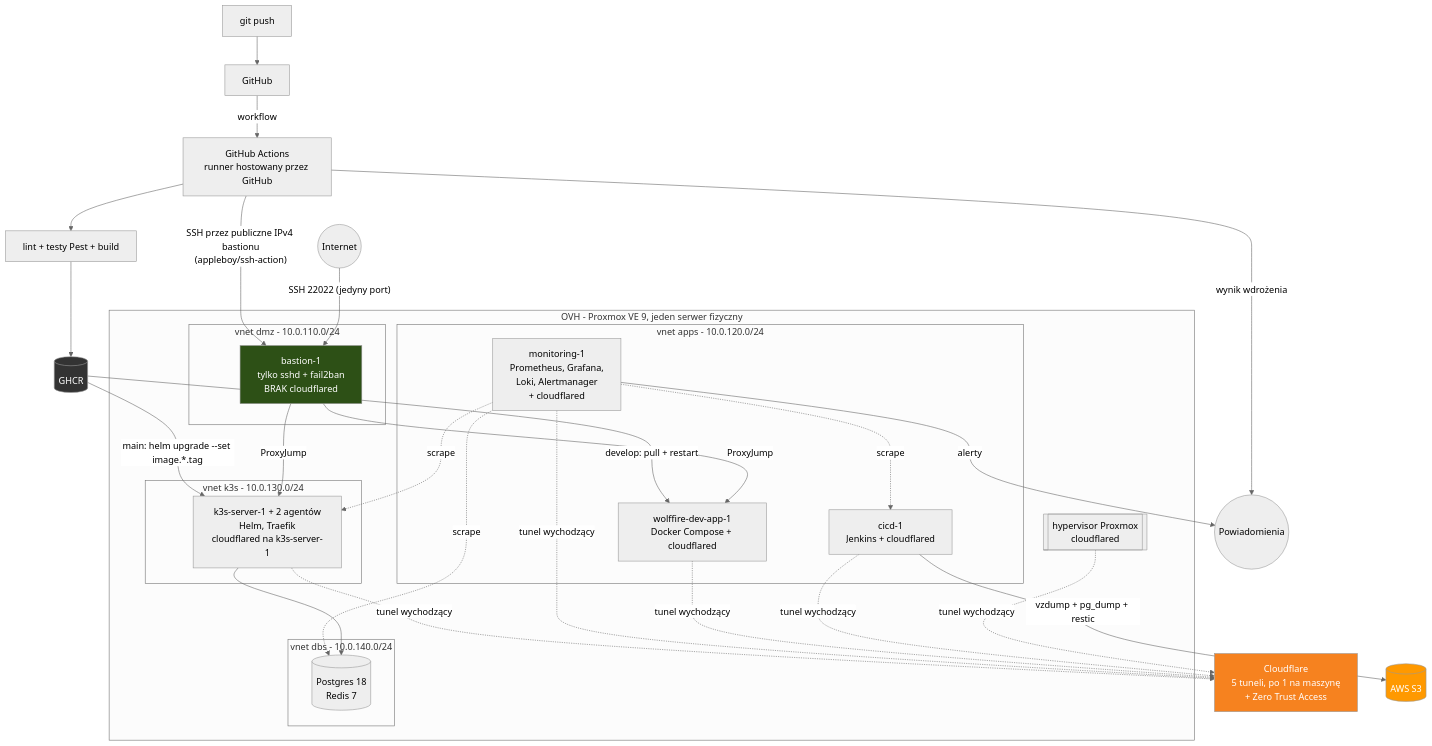
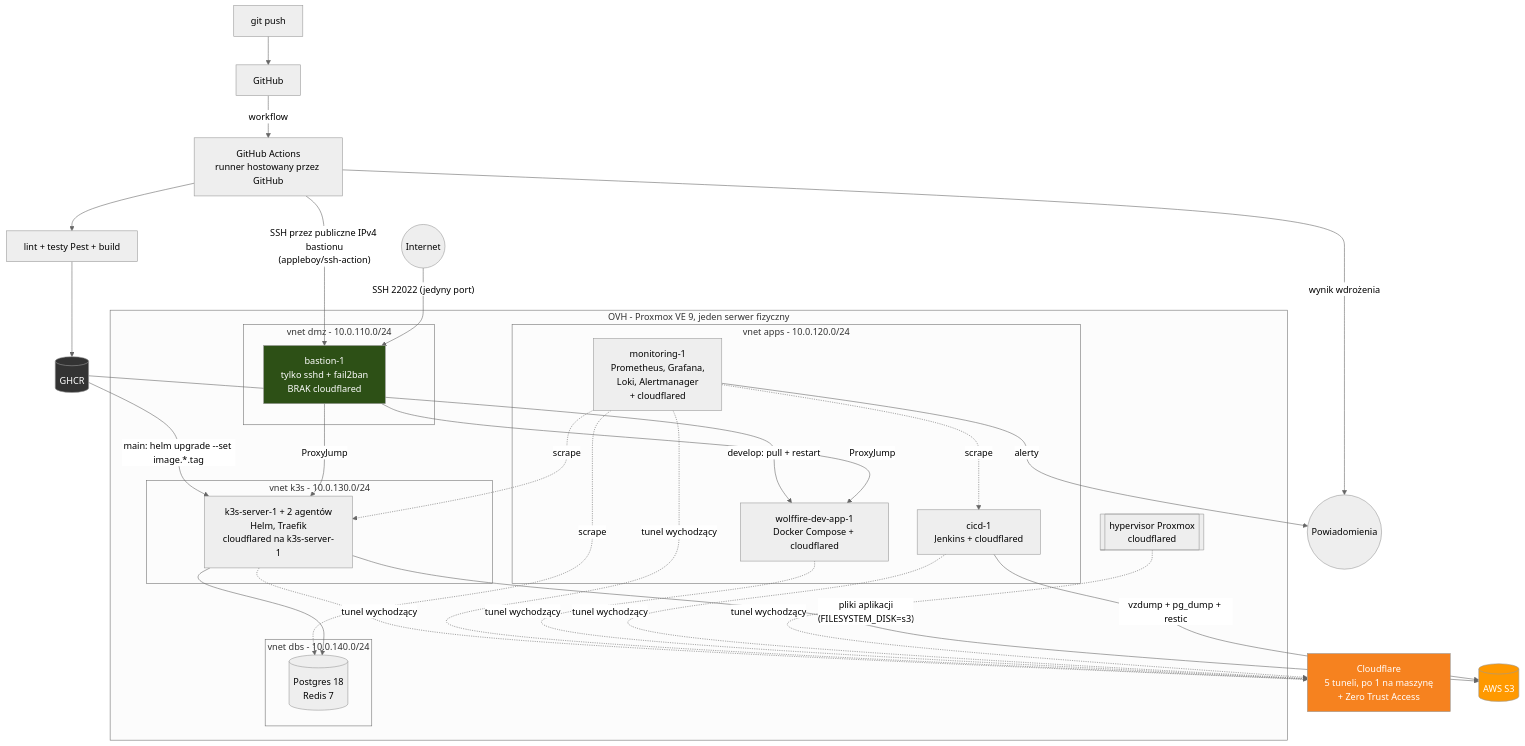
Before and after one commit to serwin35/devops-diploma-2026: the diagram in README.md, drawn with Mermaid (neutral theme). The commit also changed 1 other file, not shown here.

Commit message:
Update architecture docs: app files on S3, third bucket, media disk limitation

````diff
--- a/README.md
+++ b/README.md
@@ -13,53 +13,54 @@
 ```mermaid
 graph TD
     DEV[git push] --> GH[GitHub]
     GH -- workflow --> ACT[GitHub Actions<br/>runner hostowany przez GitHub]
     ACT --> LINT[lint + testy Pest + build]
     LINT --> GHCR[(GHCR)]
 
     INTERNET((Internet)) -- "SSH 22022 (jedyny port)" --> BAS
 
     subgraph OVH["OVH - Proxmox VE 9, jeden serwer fizyczny"]
         PVE[[hypervisor Proxmox<br/>cloudflared]]
         subgraph dmz["vnet dmz - 10.0.110.0/24"]
             BAS[bastion-1<br/>tylko sshd + fail2ban<br/>BRAK cloudflared]
         end
         subgraph apps["vnet apps - 10.0.120.0/24"]
             CICD[cicd-1<br/>Jenkins + cloudflared]
             DEVENV[wolffire-dev-app-1<br/>Docker Compose + cloudflared]
             MON[monitoring-1<br/>Prometheus, Grafana,<br/>Loki, Alertmanager<br/>+ cloudflared]
         end
         subgraph k3snet["vnet k3s - 10.0.130.0/24"]
             K3S[k3s-server-1 + 2 agentów<br/>Helm, Traefik<br/>cloudflared na k3s-server-1]
         end
         subgraph dbsnet["vnet dbs - 10.0.140.0/24"]
             DB[(Postgres 18<br/>Redis 7)]
         end
     end
 
     ACT -- "SSH przez publiczne IPv4 bastionu<br/>(appleboy/ssh-action)" --> BAS
     BAS -- ProxyJump --> DEVENV
     BAS -- ProxyJump --> K3S
     GHCR -- "develop: pull + restart" --> DEVENV
     GHCR -- "main: helm upgrade --set image.*.tag" --> K3S
 
     K3S --> DB
     MON -. scrape .-> K3S
     MON -. scrape .-> DB
     MON -. scrape .-> CICD
     MON -- alerty --> NOTIF((Powiadomienia))
     ACT -- wynik wdrożenia --> NOTIF
 
     PVE -. "tunel wychodzący" .-> CF[Cloudflare<br/>5 tuneli, po 1 na maszynę<br/>+ Zero Trust Access]
     CICD -. "tunel wychodzący" .-> CF
     DEVENV -. "tunel wychodzący" .-> CF
     MON -. "tunel wychodzący" .-> CF
     K3S -. "tunel wychodzący" .-> CF
 
     CICD -- "vzdump + pg_dump + restic" --> AWS[(AWS S3)]
+    K3S -- "pliki aplikacji<br/>(FILESYSTEM_DISK=s3)" --> AWS
 
     style CF fill:#f6821f,color:#fff
     style AWS fill:#ff9900,color:#fff
     style BAS fill:#2d5016,color:#fff
     style GHCR fill:#333,color:#fff
 ```
````
